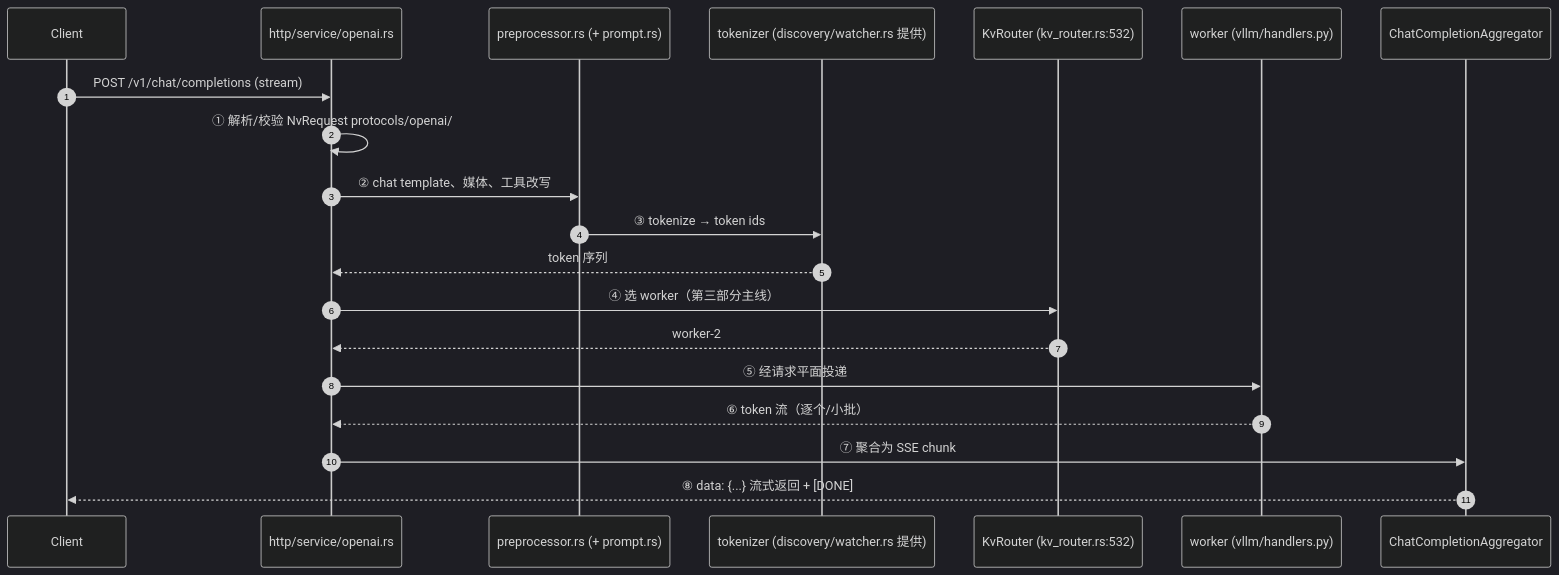
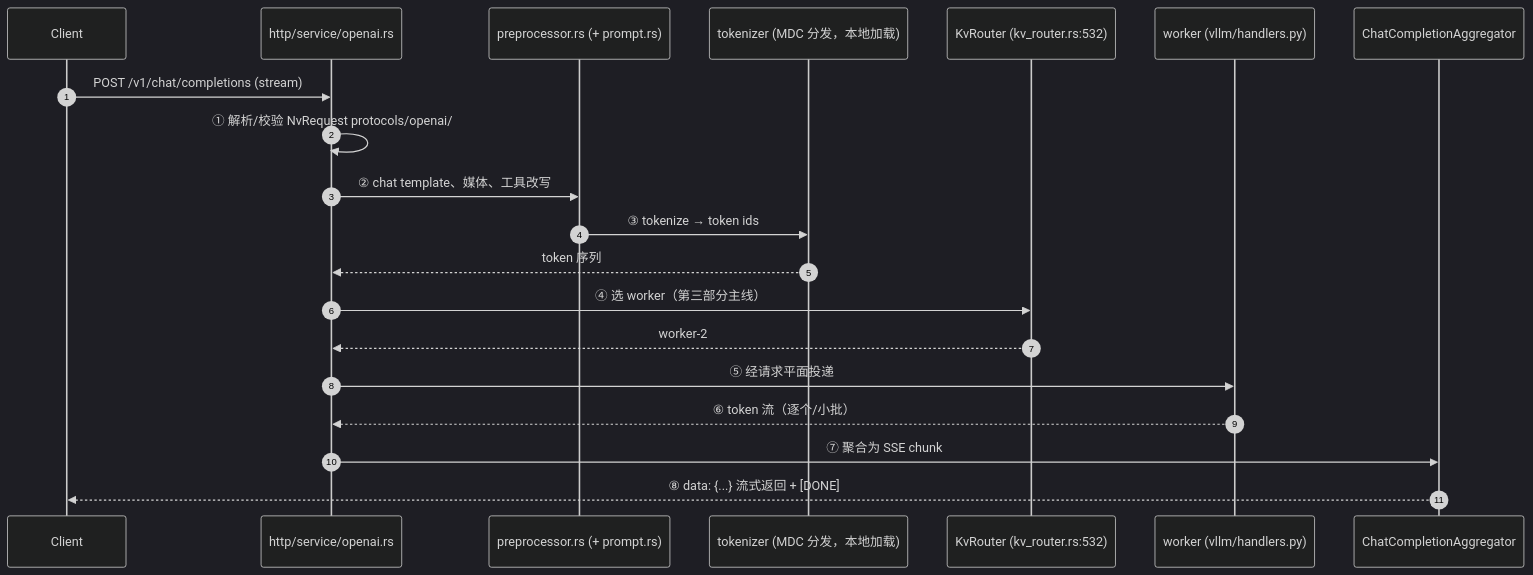
Before and after one commit to coderchem/dynamo-learning-book: the first of 2 diagrams in 02-core/ch09-frontend-entry.md, drawn with Mermaid (dark theme). The commit also changed other lines of this file, not shown here.

````diff
--- a/02-core/ch09-frontend-entry.md
+++ b/02-core/ch09-frontend-entry.md
@@ -44,22 +49,22 @@
 ```mermaid
 sequenceDiagram
     autonumber
     participant C as Client
     participant H as http/service/openai.rs
     participant P as preprocessor.rs (+ prompt.rs)
-    participant T as tokenizer (discovery/watcher.rs 提供)
+    participant T as tokenizer (MDC 分发，本地加载)
     participant R as KvRouter (kv_router.rs:532)
     participant W as worker (vllm/handlers.py)
     participant A as ChatCompletionAggregator
     C->>H: POST /v1/chat/completions (stream)
     H->>H: ① 解析/校验 NvRequest protocols/openai/
     H->>P: ② chat template、媒体、工具改写
     P->>T: ③ tokenize → token ids
     T-->>H: token 序列
     H->>R: ④ 选 worker（第三部分主线）
     R-->>H: worker-2
     H->>W: ⑤ 经请求平面投递
     W-->>H: ⑥ token 流（逐个/小批）
     H->>A: ⑦ 聚合为 SSE chunk
     A-->>C: ⑧ data: {...} 流式返回 + [DONE]
 ```
````
